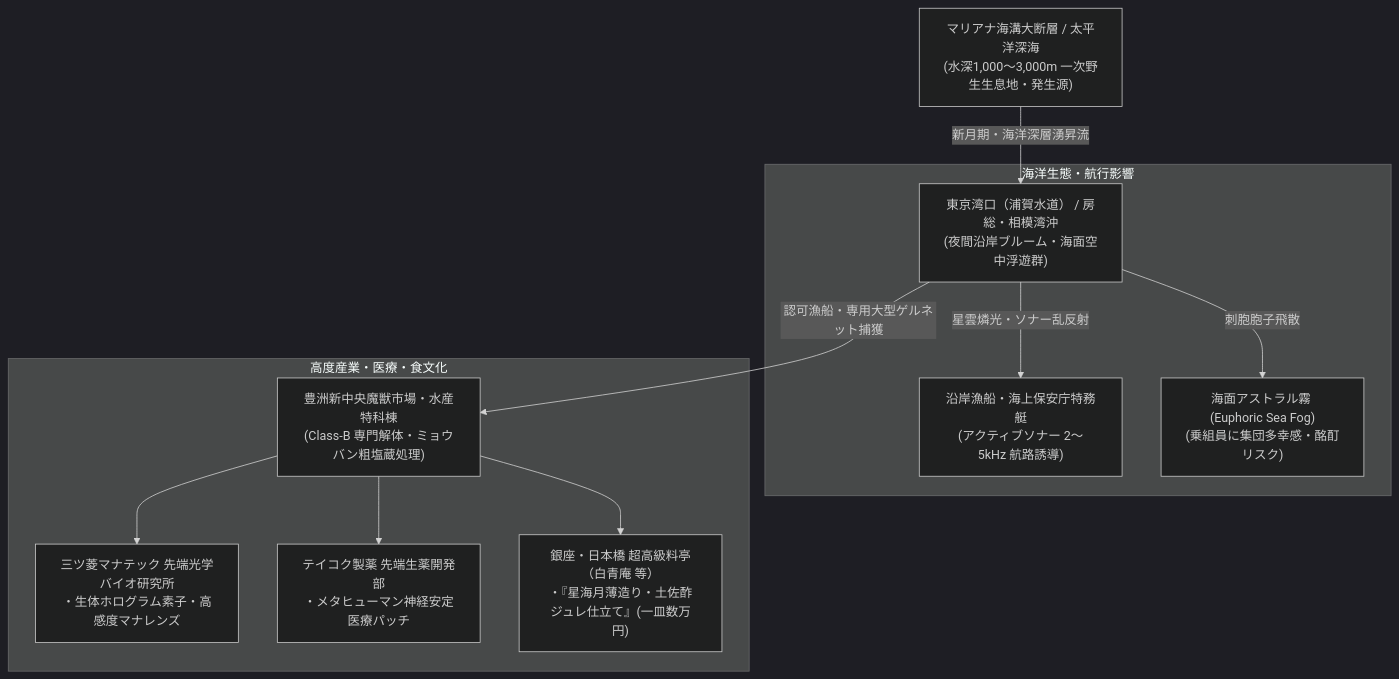
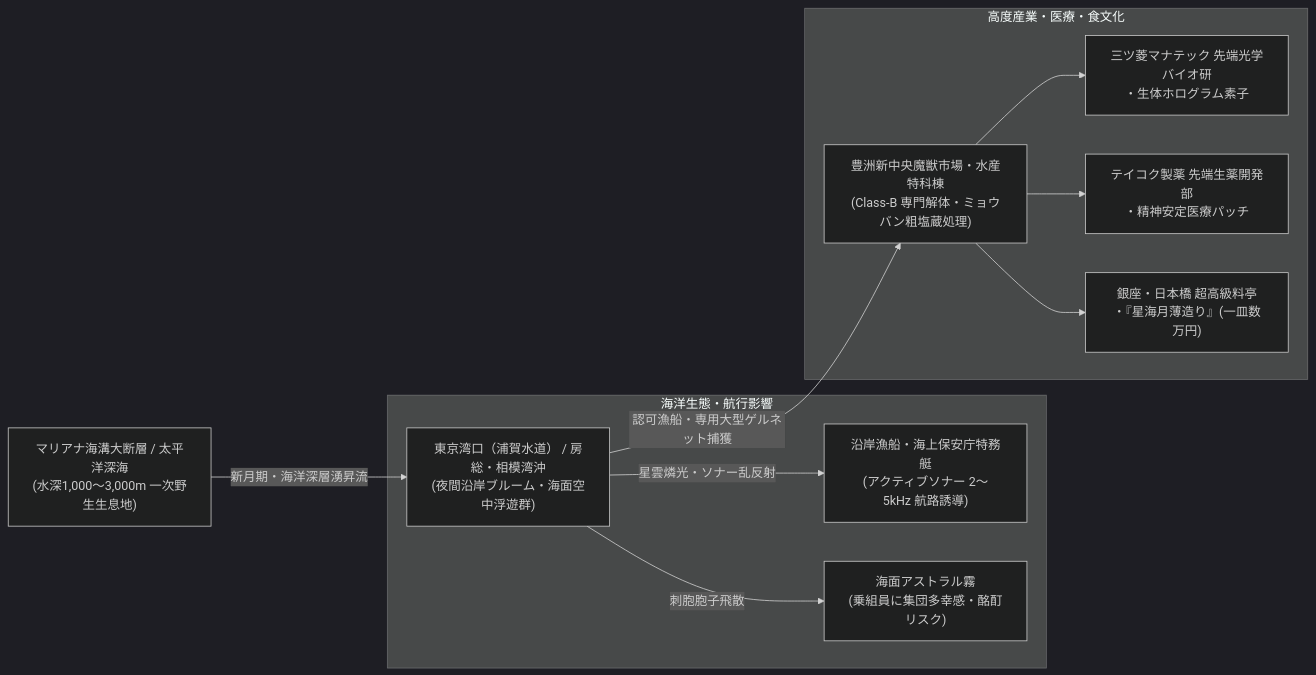
The second of 2 diagrams in creatures/008_astral_nebula_jelly.md (takenoriohno-cloud/world-building), drawn with Mermaid (dark theme) before and after one commit. The commit also changed 14 other files, not shown here.

````diff
--- a/creatures/008_astral_nebula_jelly.md
+++ b/creatures/008_astral_nebula_jelly.md
@@ -117,18 +117,18 @@
 ```mermaid
-flowchart TD
+flowchart LR
     %% 幽光星海月 ブルーム回遊・洋上浮遊・サプライチェーン図
-    DEPTH["マリアナ海溝大断層 / 太平洋深海<br/>(水深1,000〜3,000m 一次野生生息地・発生源)"] -->|新月期・海洋深層湧昇流| COAST["東京湾口（浦賀水道） / 房総・相模湾沖<br/>(夜間沿岸ブルーム・海面空中浮遊群)"]
+    DEPTH["マリアナ海溝大断層 / 太平洋深海<br/>(水深1,000〜3,000m 一次野生生息地)"] -->|新月期・海洋深層湧昇流| COAST["東京湾口（浦賀水道） / 房総・相模湾沖<br/>(夜間沿岸ブルーム・海面空中浮遊群)"]
     
     subgraph OCEAN["海洋生態・航行影響"]
         COAST -->|星雲燐光・ソナー乱反射| SHIP["沿岸漁船・海上保安庁特務艇<br/>(アクティブソナー 2〜5kHz 航路誘導)"]
-        COAST -->|刺胞胞子飛散| FOG["海面アストラル霧 (Euphoric Sea Fog)<br/>(乗組員に集団多幸感・酩酊リスク)"]
+        COAST -->|刺胞胞子飛散| FOG["海面アストラル霧<br/>(乗組員に集団多幸感・酩酊リスク)"]
     end
 
     COAST -->|認可漁船・専用大型ゲルネット捕獲| HARBOR["豊洲新中央魔獣市場・水産特科棟<br/>(Class-B 専門解体・ミョウバン粗塩蔵処理)"]
     
     subgraph UTIL["高度産業・医療・食文化"]
-        HARBOR --> LAB["三ツ菱マナテック 先端光学バイオ研究所<br/>・生体ホログラム素子・高感度マナレンズ"]
-        HARBOR --> PHARMA["テイコク製薬 先端生薬開発部<br/>・メタヒューマン神経安定医療パッチ"]
-        HARBOR --> GOURMET["銀座・日本橋 超高級料亭（白青庵 等）<br/>・『星海月薄造り・土佐酢ジュレ仕立て』(一皿数万円)"]
+        HARBOR --> LAB["三ツ菱マナテック 先端光学バイオ研<br/>・生体ホログラム素子"]
+        HARBOR --> PHARMA["テイコク製薬 先端生薬開発部<br/>・精神安定医療パッチ"]
+        HARBOR --> GOURMET["銀座・日本橋 超高級料亭<br/>・『星海月薄造り』(一皿数万円)"]
     end
 ```
````
